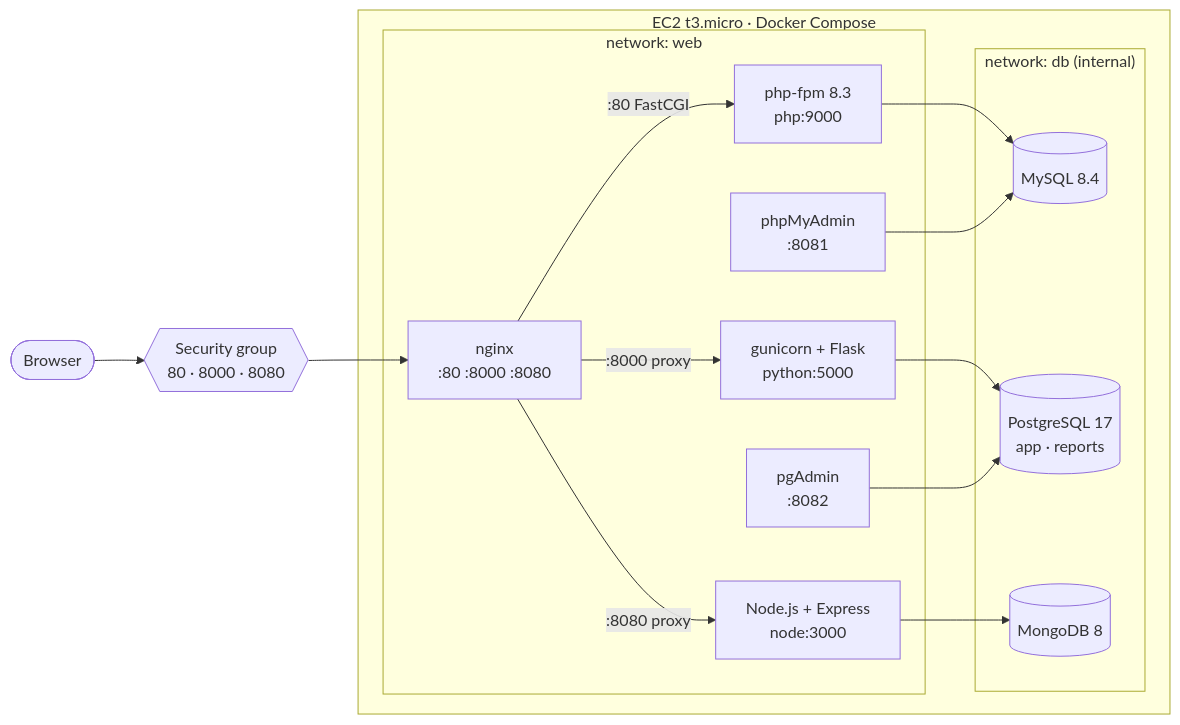
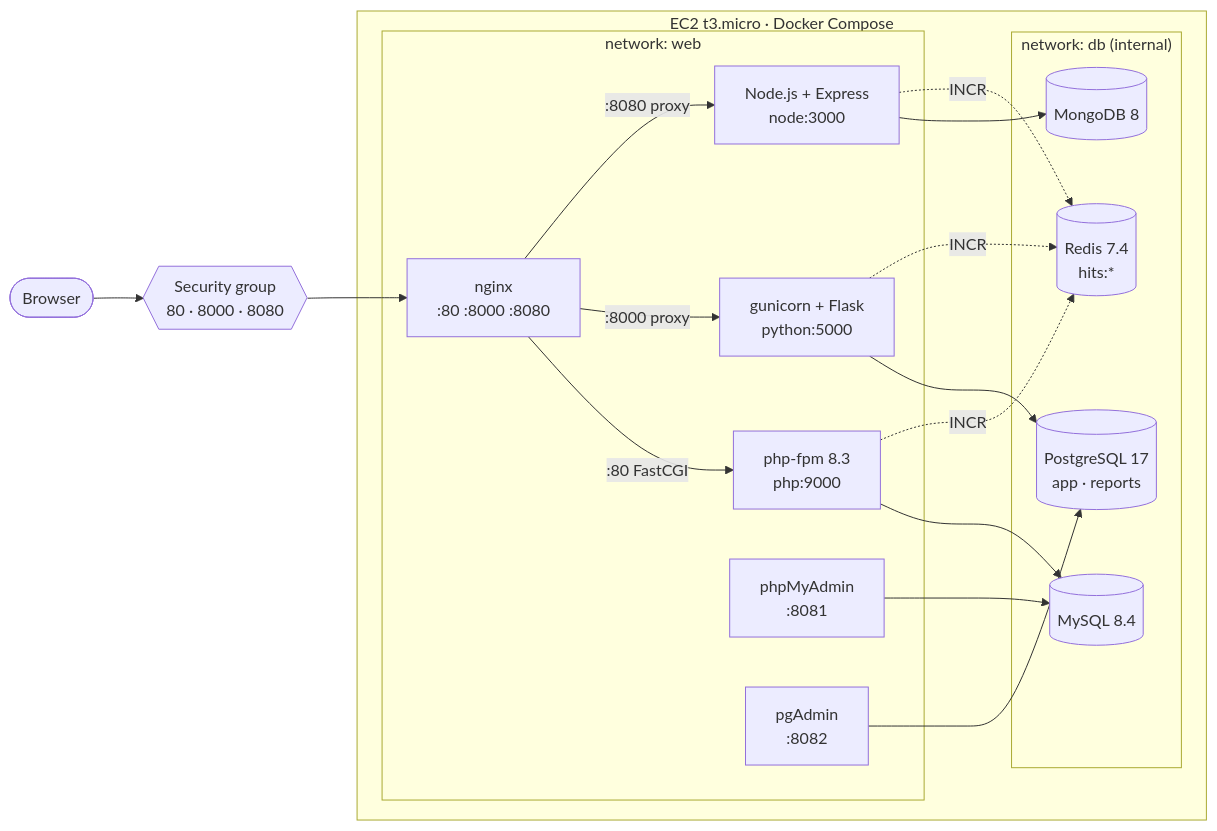
Before and after one commit to Dmitriy282/AWS_TestTask: the diagram in README.md, drawn with Mermaid. The commit also changed other lines of this file and 38 other files, not shown here.

````diff
--- a/README.md
+++ b/README.md
@@ -392,31 +34,35 @@
 ```mermaid
 flowchart LR
     user(["Browser"])
     sg{{"Security group<br/>80 · 8000 · 8080"}}
 
     subgraph ec2["EC2 t3.micro · Docker Compose"]
         subgraph web["network: web"]
             nginx["nginx<br/>:80 :8000 :8080"]
             php["php-fpm 8.3<br/>php:9000"]
             python["gunicorn + Flask<br/>python:5000"]
             node["Node.js + Express<br/>node:3000"]
             pma["phpMyAdmin<br/>:8081"]
             pga["pgAdmin<br/>:8082"]
         end
         subgraph db["network: db (internal)"]
             mysql[("MySQL 8.4")]
             postgres[("PostgreSQL 17<br/>app · reports")]
             mongo[("MongoDB 8")]
+            redis[("Redis 7.4<br/>hits:*")]
         end
     end
 
     user --> sg --> nginx
     nginx -->|":80 FastCGI"| php
     nginx -->|":8000 proxy"| python
     nginx -->|":8080 proxy"| node
     php --> mysql
     pma --> mysql
     python --> postgres
     pga --> postgres
     node --> mongo
+    php -.->|"INCR"| redis
+    python -.->|"INCR"| redis
+    node -.->|"INCR"| redis
 ```
````
